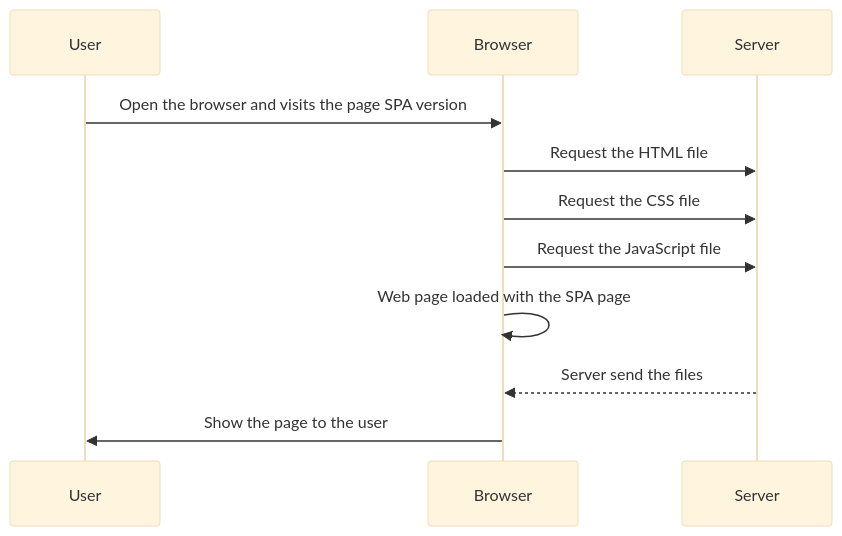
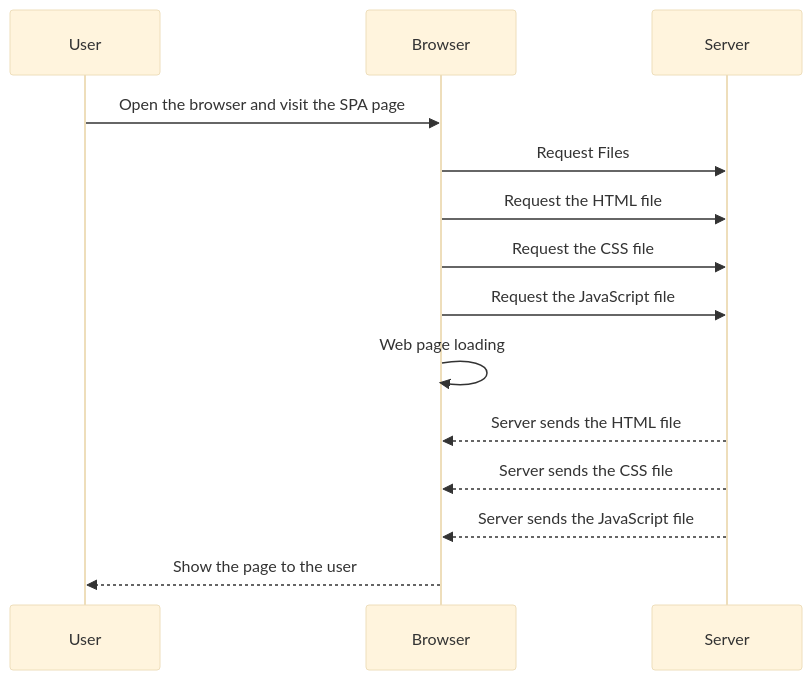
One commit to 0sc4rj/fullstack changed the diagram in part0/exercise05.md. Above: the diagram before and after it, drawn with Mermaid (base theme). The commit also changed other lines of this file, not shown here.

Commit message:
Exercise

````diff
--- a/part0/exercise05.md
+++ b/part0/exercise05.md
@@ -4,14 +3,17 @@
 ```mermaid
 sequenceDiagram
     participant User
     participant Browser
     participant Server
 
-    User->>Browser: Open the browser and visits the page SPA version
+    User->>Browser: Open the browser and visit the SPA page
+    Browser->>Server: Request Files
     Browser->>Server: Request the HTML file
     Browser->>Server: Request the CSS file
     Browser->>Server: Request the JavaScript file
-    Browser->>Browser: Web page loaded with the SPA page 
-    Server-->>Browser: Server send the files
-    Browser->>User: Show the page to the user
+    Browser->>Browser: Web page loading
+    Server-->>Browser: Server sends the HTML file
+    Server-->>Browser: Server sends the CSS file
+    Server-->>Browser: Server sends the JavaScript file
+    Browser-->>User: Show the page to the user
 ```
````
